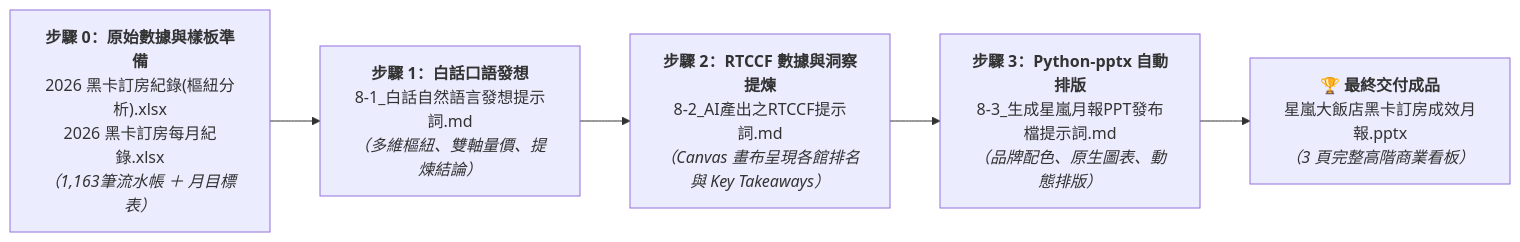
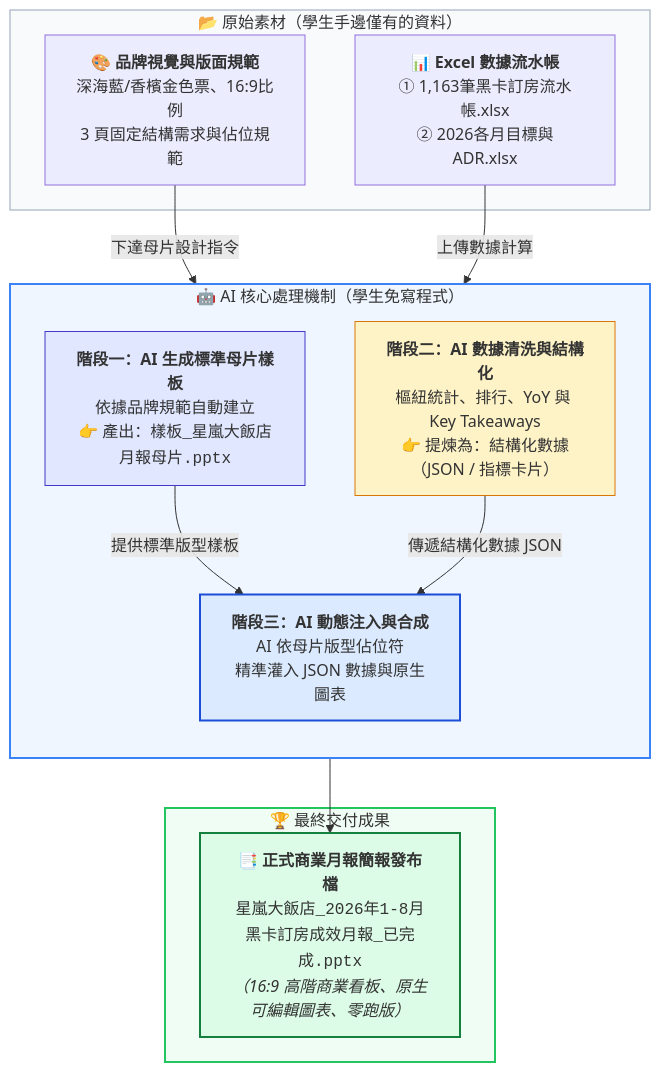
One commit to roberthsu2003/workflow-productivity changed the diagram in 常見的AI應用/實戰範例/訂房月報統計與 PPT 自動化/README.md. Above: the diagram before and after it, drawn with Mermaid. The commit also changed other lines of this file and 17 other files, not shown here.

````diff
--- a/常見的AI應用/實戰範例/訂房月報統計與 PPT 自動化/README.md
+++ b/常見的AI應用/實戰範例/訂房月報統計與 PPT 自動化/README.md
@@ -83,7 +86,32 @@
 ```mermaid
-flowchart LR
-    Step0["<b>步驟 0：原始數據與樣板準備</b><br/>2026 黑卡訂房紀錄(樞紐分析).xlsx<br/>2026 黑卡訂房每月紀錄.xlsx<br/><i>（1,163筆流水帳 ＋ 月目標表）</i>"] --> Step1["<b>步驟 1：白話口語發想</b><br/>8-1_白話自然語言發想提示詞.md<br/><i>（多維樞紐、雙軸量價、提煉結論）</i>"]
-    Step1 --> Step2["<b>步驟 2：RTCCF 數據與洞察提煉</b><br/>8-2_AI產出之RTCCF提示詞.md<br/><i>（Canvas 畫布呈現各館排名與 Key Takeaways）</i>"]
-    Step2 --> Step3["<b>步驟 3：Python-pptx 自動排版</b><br/>8-3_生成星嵐月報PPT發布檔提示詞.md<br/><i>（品牌配色、原生圖表、動態排版）</i>"]
-    Step3 --> Finish["🏆 <b>最終交付成品</b><br/>星嵐大飯店黑卡訂房成效月報.pptx<br/><i>（3 頁完整高階商業看板）</i>"]
+flowchart TD
+    subgraph InputPhase ["📂 原始素材（學生手邊僅有的資料）"]
+        ExcelData["📊 <b>Excel 數據流水帳</b><br/>① 1,163筆黑卡訂房流水帳.xlsx<br/>② 2026各月目標與ADR.xlsx"]
+        DesignReq["🎨 <b>品牌視覺與版面規範</b><br/>深海藍/香檳金色票、16:9比例<br/>3 頁固定結構需求與佔位規範"]
+    end
+
+    subgraph AIProcessing ["🤖 AI 核心處理機制（學生免寫程式）"]
+        direction TB
+        GenMaster["<b>階段一：AI 生成標準母片樣板</b><br/>依據品牌規範自動建立<br/>👉 產出：<code>樣板_星嵐大飯店月報母片.pptx</code>"]
+        ParseJSON["<b>階段二：AI 數據清洗與結構化</b><br/>樞紐統計、排行、YoY 與 Key Takeaways<br/>👉 提煉為：結構化數據（JSON / 指標卡片）"]
+        MergeEngine["<b>階段三：AI 動態注入與合成</b><br/>AI 依母片版型佔位符<br/>精準灌入 JSON 數據與原生圖表"]
+    end
+
+    subgraph OutputPhase ["🏆 最終交付成果"]
+        FinalPPT["📑 <b>正式商業月報簡報發布檔</b><br/><code>星嵐大飯店_2026年1-8月黑卡訂房成效月報_已完成.pptx</code><br/><i>（16:9 高階商業看板、原生可編輯圖表、零跑版）</i>"]
+    end
+
+    DesignReq -->|下達母片設計指令| GenMaster
+    ExcelData -->|上傳數據計算| ParseJSON
+    GenMaster -->|提供標準版型樣板| MergeEngine
+    ParseJSON -->|傳遞結構化數據 JSON| MergeEngine
+    MergeEngine --> FinalPPT
+
+    style InputPhase fill:#f8fafc,stroke:#94a3b8,stroke-width:1px
+    style AIProcessing fill:#eff6ff,stroke:#3b82f6,stroke-width:2px
+    style OutputPhase fill:#f0fdf4,stroke:#22c55e,stroke-width:2px
+    style GenMaster fill:#e0e7ff,stroke:#4338ca,stroke-width:1px
+    style ParseJSON fill:#fef3c7,stroke:#d97706,stroke-width:1px
+    style MergeEngine fill:#dbeafe,stroke:#1d4ed8,stroke-width:2px
+    style FinalPPT fill:#dcfce7,stroke:#15803d,stroke-width:2px
 ```
````
